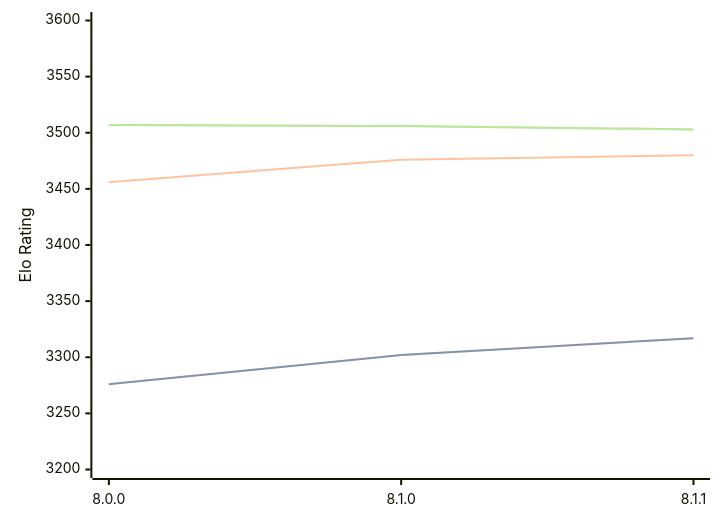
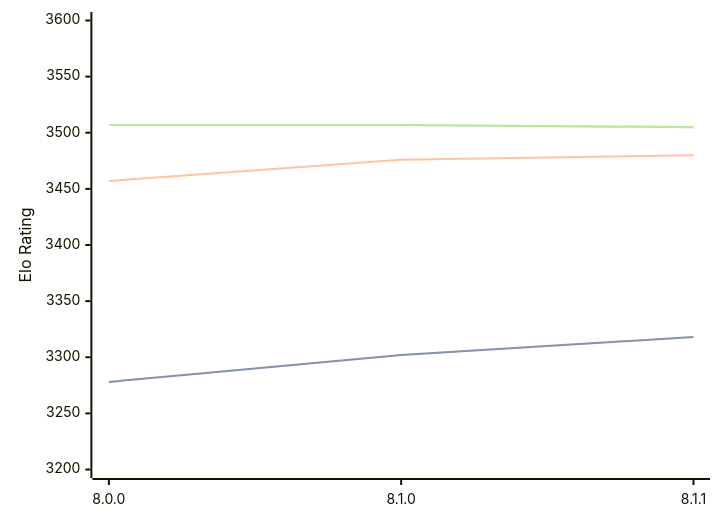
The diagram in engines/Velvet.md (computer-chess-index/cci), drawn with Mermaid before and after one commit. The commit also changed other lines of this file, not shown here.

Commit message:
Update CCI Ratings (ELO VLTC) - 2026-04-27

````diff
--- a/engines/Velvet.md
+++ b/engines/Velvet.md
@@ -57,11 +57,11 @@
 ```mermaid
 %%{init: {"theme":"base","themeVariables":{"seriesColors:['#a3a3a3','#222221','#faa371']}}}%%
 xychart-beta
   x-axis ["8.0.0", "8.1.0", "8.1.1"]
   y-axis "Elo Rating" 3200 --> 3600
-  line "STC (8.0+0.08s)" [3276, 3302, 3317]
-  line "STC (8.0+0.08s)" [3276, 3302, 3317]
-  line "LTC (60.0+0.60s)" [3456, 3476, 3480]
-  line "VLTC (2m24s+1.12s)" [3507, 3506, 3503]
-  line "VLTC (2m24s+1.12s)" [3507, 3506, 3503]
+  line "STC (8.0+0.08s)" [3278, 3302, 3318]
+  line "STC (8.0+0.08s)" [3278, 3302, 3318]
+  line "LTC (60.0+0.60s)" [3457, 3476, 3480]
+  line "VLTC (2m24s+1.12s)" [3507, 3507, 3505]
+  line "VLTC (2m24s+1.12s)" [3507, 3507, 3505]
 ```
````
